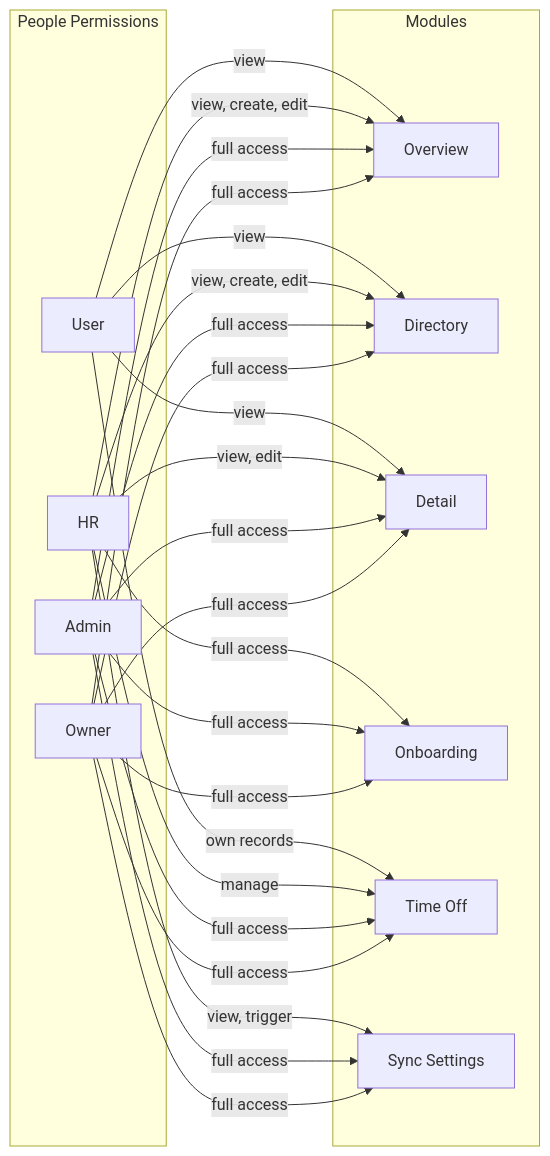
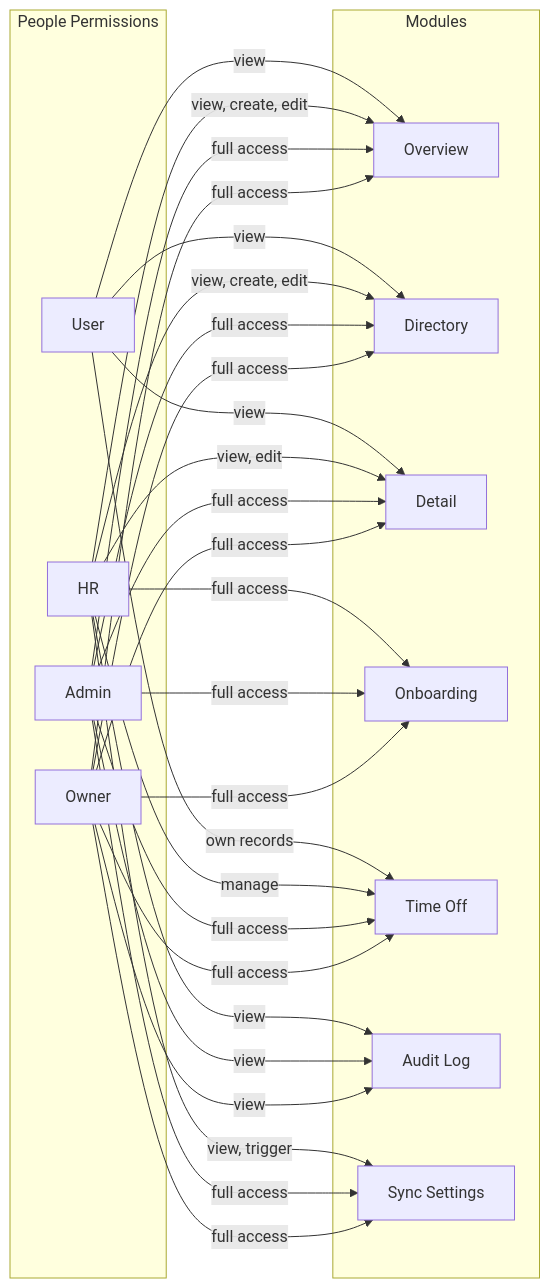
The eighth of 18 diagrams in docs/modules/people/architecture.md (stellarsoft-tech/IdaraOS), drawn with Mermaid before and after one commit. The commit also changed other lines of this file and 29 other files, not shown here.

````diff
--- a/docs/modules/people/architecture.md
+++ b/docs/modules/people/architecture.md
@@ -319,44 +371,48 @@
 ```mermaid
 graph LR
     subgraph "People Permissions"
         OWNER[Owner]
         ADMIN[Admin]
         HR[HR]
         USER[User]
     end
     
     subgraph "Modules"
         OVR[Overview]
         DIR[Directory]
         DET[Detail]
         ONB[Onboarding]
         TOF[Time Off]
+        AUD[Audit Log]
         SYNC[Sync Settings]
     end
     
     OWNER -->|full access| OVR
     OWNER -->|full access| DIR
     OWNER -->|full access| DET
     OWNER -->|full access| ONB
     OWNER -->|full access| TOF
+    OWNER -->|view| AUD
     OWNER -->|full access| SYNC
     
     ADMIN -->|full access| OVR
     ADMIN -->|full access| DIR
     ADMIN -->|full access| DET
     ADMIN -->|full access| ONB
     ADMIN -->|full access| TOF
+    ADMIN -->|view| AUD
     ADMIN -->|full access| SYNC
     
     HR -->|view, create, edit| OVR
     HR -->|view, create, edit| DIR
     HR -->|view, edit| DET
     HR -->|full access| ONB
     HR -->|manage| TOF
+    HR -->|view| AUD
     HR -->|view, trigger| SYNC
     
     USER -->|view| OVR
     USER -->|view| DIR
     USER -->|view| DET
     USER -->|own records| TOF
 ```
````
